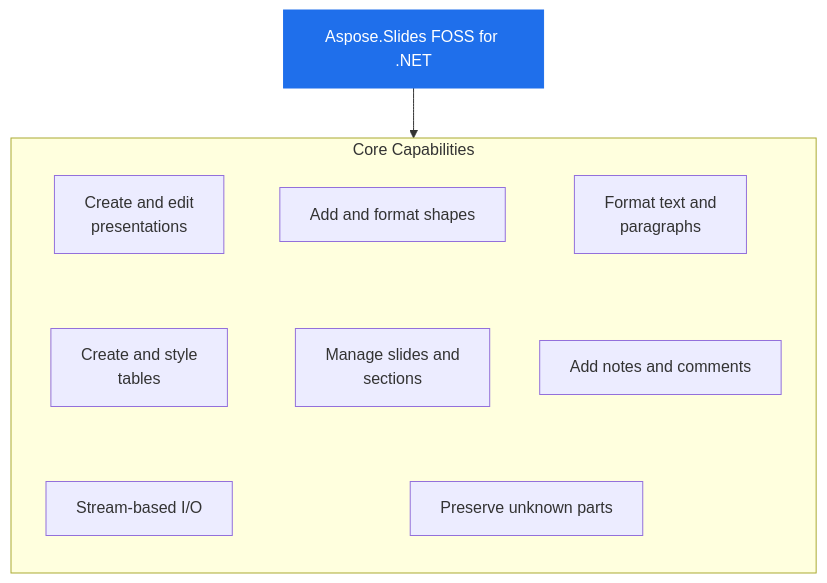
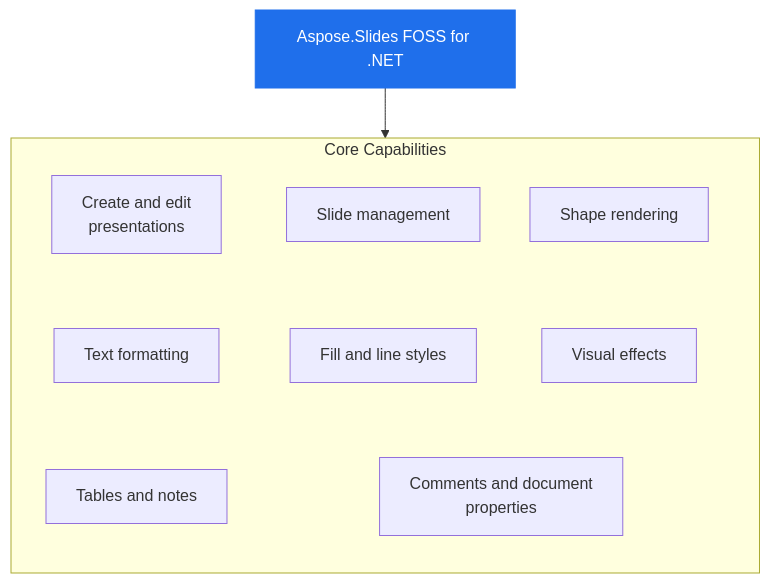
Before and after one commit to babar-raza/repo-presenter: the diagram in 86c441b5d81e707f2ea9e01b197dbb6ff7a3859b/README.md, drawn with Mermaid. The commit also changed other lines of this file and 9 other files, not shown here.

````diff
--- a/86c441b5d81e707f2ea9e01b197dbb6ff7a3859b/README.md
+++ b/86c441b5d81e707f2ea9e01b197dbb6ff7a3859b/README.md
@@ -65,24 +29,24 @@
 ```mermaid
 flowchart TB
   PRODUCT["Aspose.Slides FOSS for .NET"]
   subgraph Capabilities["Core Capabilities"]
     direction TB
     c1["Create and edit<br/>presentations"]
-    c2["Add and format shapes"]
-    c3["Format text and<br/>paragraphs"]
-    c4["Create and style<br/>tables"]
-    c5["Manage slides and<br/>sections"]
-    c6["Add notes and comments"]
-    c7["Stream-based I/O"]
-    c8["Preserve unknown parts"]
+    c2["Slide management"]
+    c3["Shape rendering"]
+    c4["Text formatting"]
+    c5["Fill and line styles"]
+    c6["Visual effects"]
+    c7["Tables and notes"]
+    c8["Comments and document<br/>properties"]
     c1 ~~~ c4
     c2 ~~~ c5
     c3 ~~~ c6
     c4 ~~~ c7
     c5 ~~~ c8
     c6 ~~~ c8
   end
   PRODUCT --> Capabilities
   classDef product fill:#1f6feb,stroke:#1f6feb,color:#ffffff
   class PRODUCT product
 ```
````
